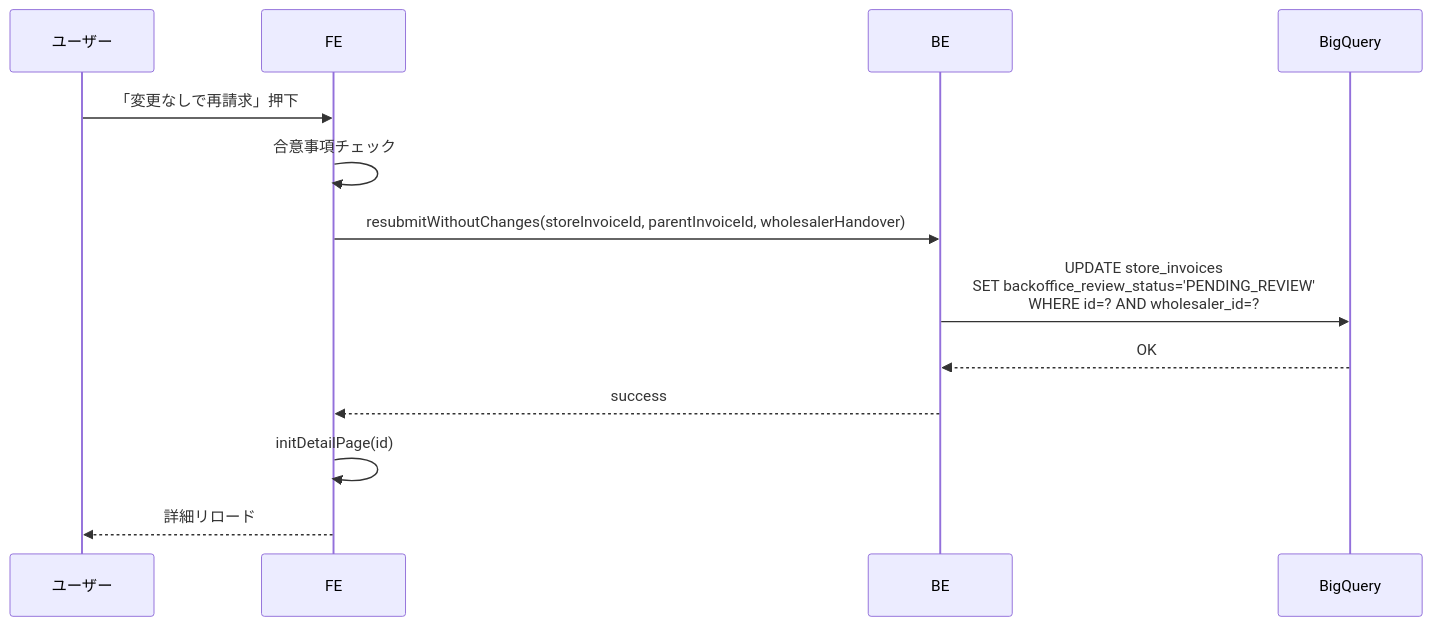
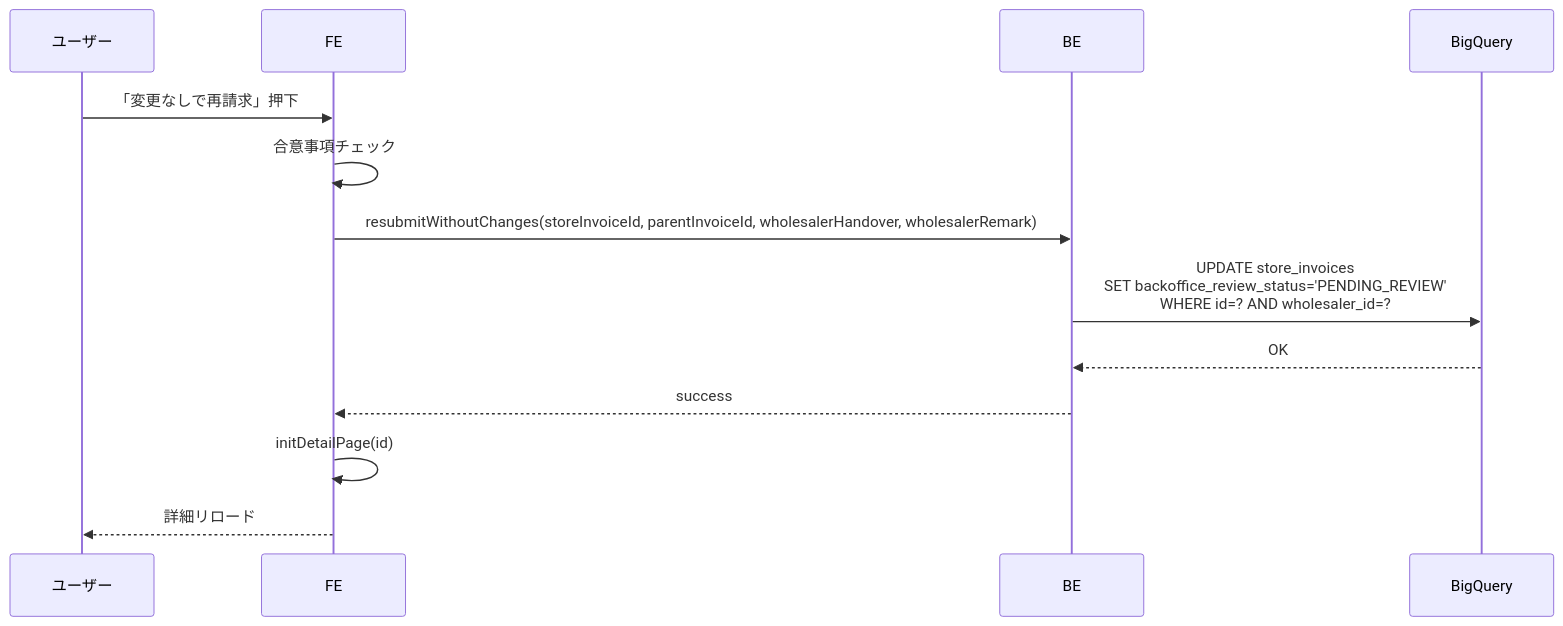
One commit to USEN-PAY-Products/connect-wholesale-gas-poc changed the tenth of 17 diagrams in docs/specifications/04_detail_page.md. Above: the diagram before and after it, drawn with Mermaid. The commit also changed other lines of this file and 2 other files, not shown here.

````diff
--- a/docs/specifications/04_detail_page.md
+++ b/docs/specifications/04_detail_page.md
@@ -305,16 +307,16 @@
 ```mermaid
 sequenceDiagram
     participant U as ユーザー
     participant FE as FE
     participant BE as BE
     participant BQ as BigQuery
 
     U->>FE: 「変更なしで再請求」押下
     FE->>FE: 合意事項チェック
-    FE->>BE: resubmitWithoutChanges(storeInvoiceId, parentInvoiceId, wholesalerHandover)
+    FE->>BE: resubmitWithoutChanges(storeInvoiceId, parentInvoiceId, wholesalerHandover, wholesalerRemark)
     BE->>BQ: UPDATE store_invoices<br/>SET backoffice_review_status='PENDING_REVIEW'<br/>WHERE id=? AND wholesaler_id=?
     BQ-->>BE: OK
     BE-->>FE: success
     FE->>FE: initDetailPage(id)
     FE-->>U: 詳細リロード
 ```
````
